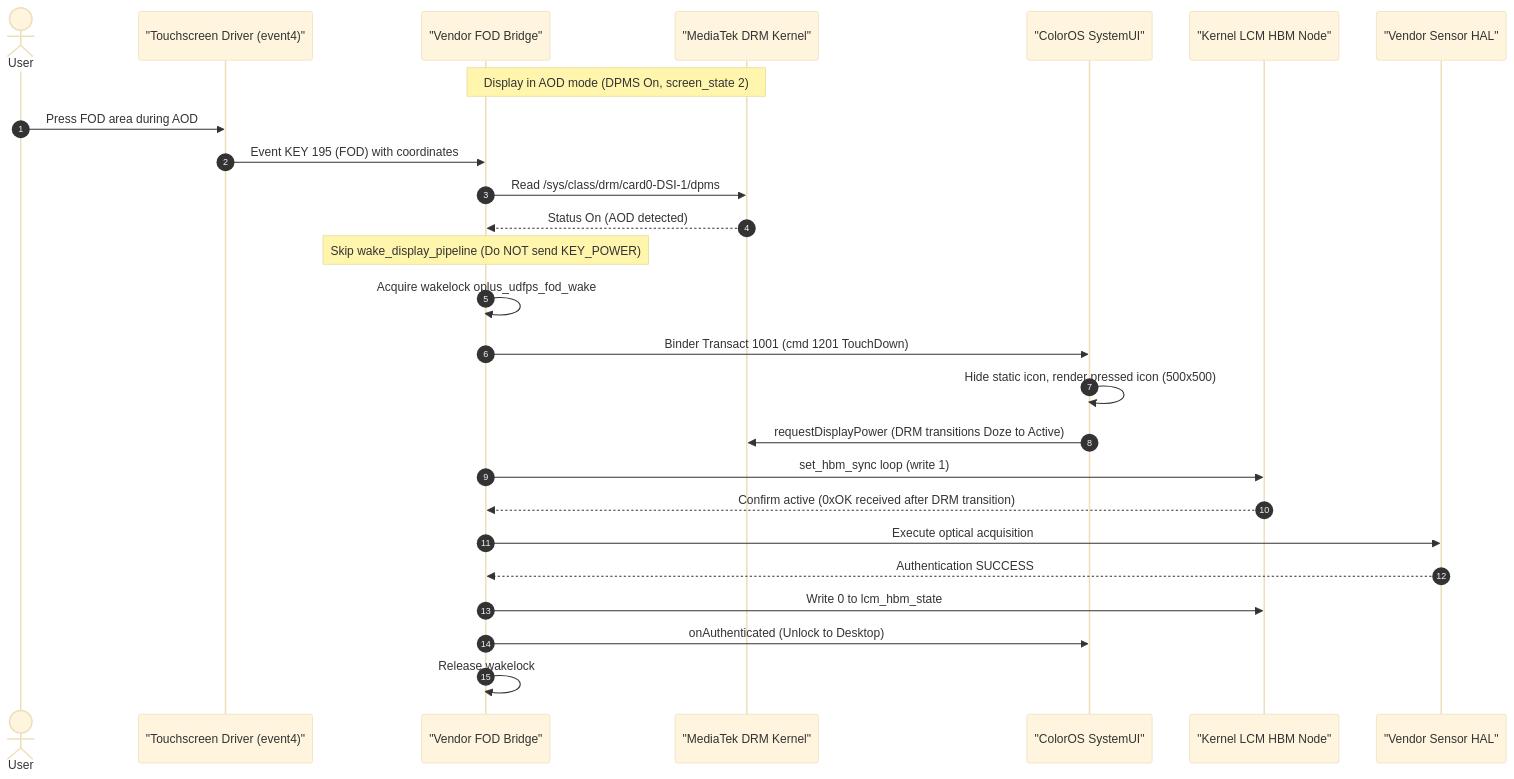
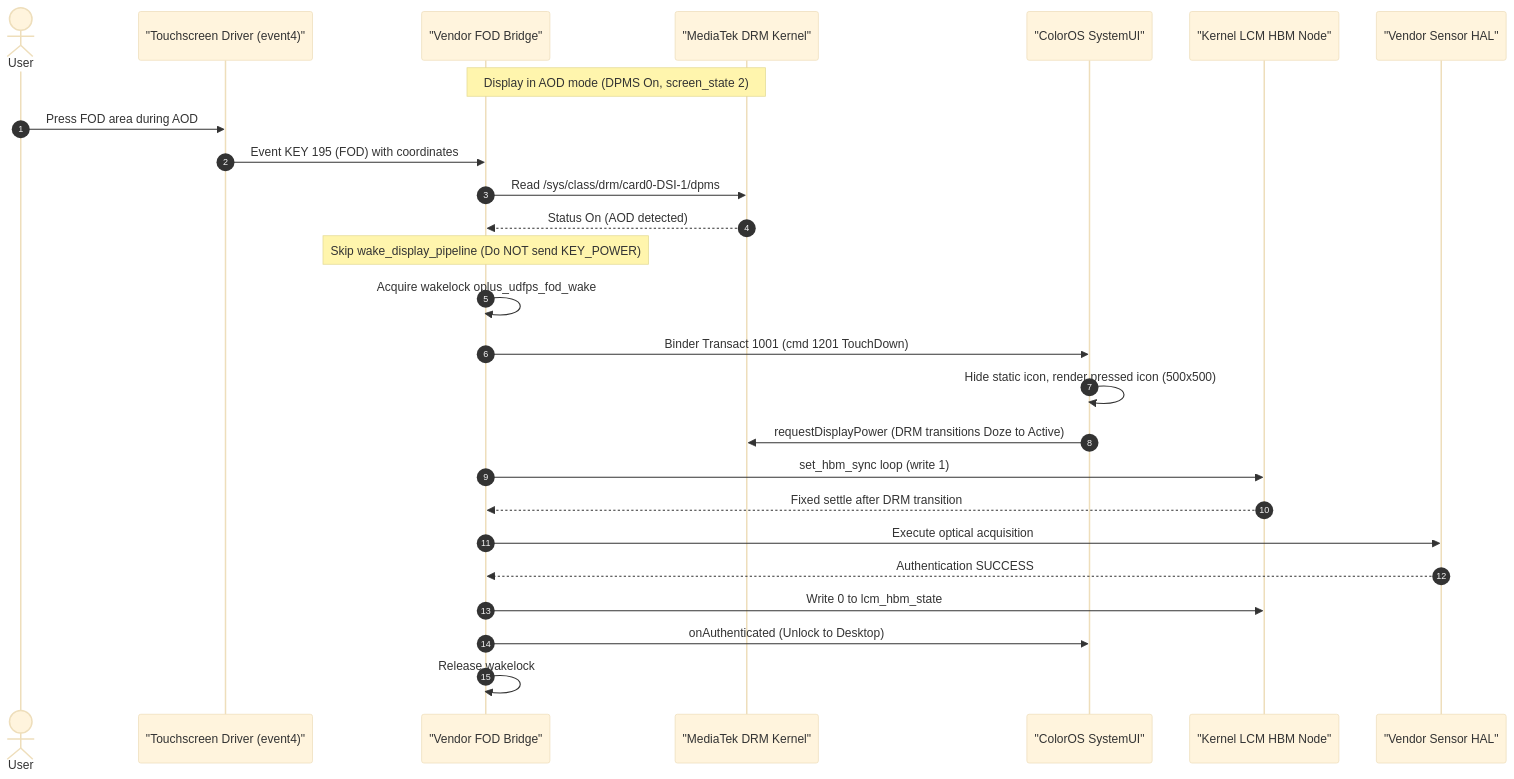
Before and after one commit to usermahiro/Oplus-UDFPS-Bridge-Transsion: the third of 4 diagrams in README.md, drawn with Mermaid (base theme). The commit also changed other lines of this file and 37 other files, not shown here.

````diff
--- a/README.md
+++ b/README.md
@@ -130,29 +130,29 @@
 ```mermaid
 sequenceDiagram
     autonumber
     actor User as User
     participant TP as "Touchscreen Driver (event4)"
     participant Bridge as "Vendor FOD Bridge"
     participant MtkDrm as "MediaTek DRM Kernel"
     participant UI as "ColorOS SystemUI"
     participant HBM as "Kernel LCM HBM Node"
     participant Sensor as "Vendor Sensor HAL"
 
     Note over Bridge,MtkDrm: Display in AOD mode (DPMS On, screen_state 2)
     User->>TP: Press FOD area during AOD
     TP->>Bridge: Event KEY 195 (FOD) with coordinates
     Bridge->>MtkDrm: Read /sys/class/drm/card0-DSI-1/dpms
     MtkDrm-->>Bridge: Status On (AOD detected)
     Note over Bridge: Skip wake_display_pipeline (Do NOT send KEY_POWER)
     Bridge->>Bridge: Acquire wakelock oplus_udfps_fod_wake
     Bridge->>UI: Binder Transact 1001 (cmd 1201 TouchDown)
     UI->>UI: Hide static icon, render pressed icon (500x500)
     UI->>MtkDrm: requestDisplayPower (DRM transitions Doze to Active)
     Bridge->>HBM: set_hbm_sync loop (write 1)
-    HBM-->>Bridge: Confirm active (0xOK received after DRM transition)
+    HBM-->>Bridge: Fixed settle after DRM transition
     Bridge->>Sensor: Execute optical acquisition
     Sensor-->>Bridge: Authentication SUCCESS
     Bridge->>HBM: Write 0 to lcm_hbm_state
     Bridge->>UI: onAuthenticated (Unlock to Desktop)
     Bridge->>Bridge: Release wakelock
 ```
````
